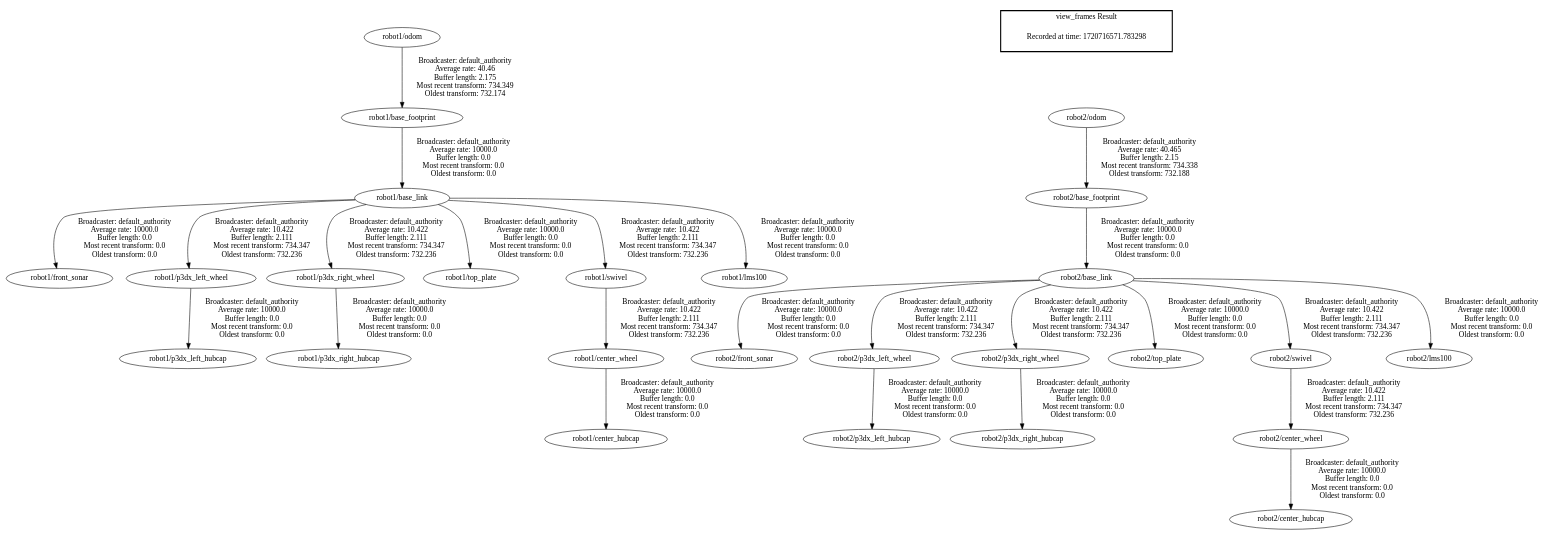
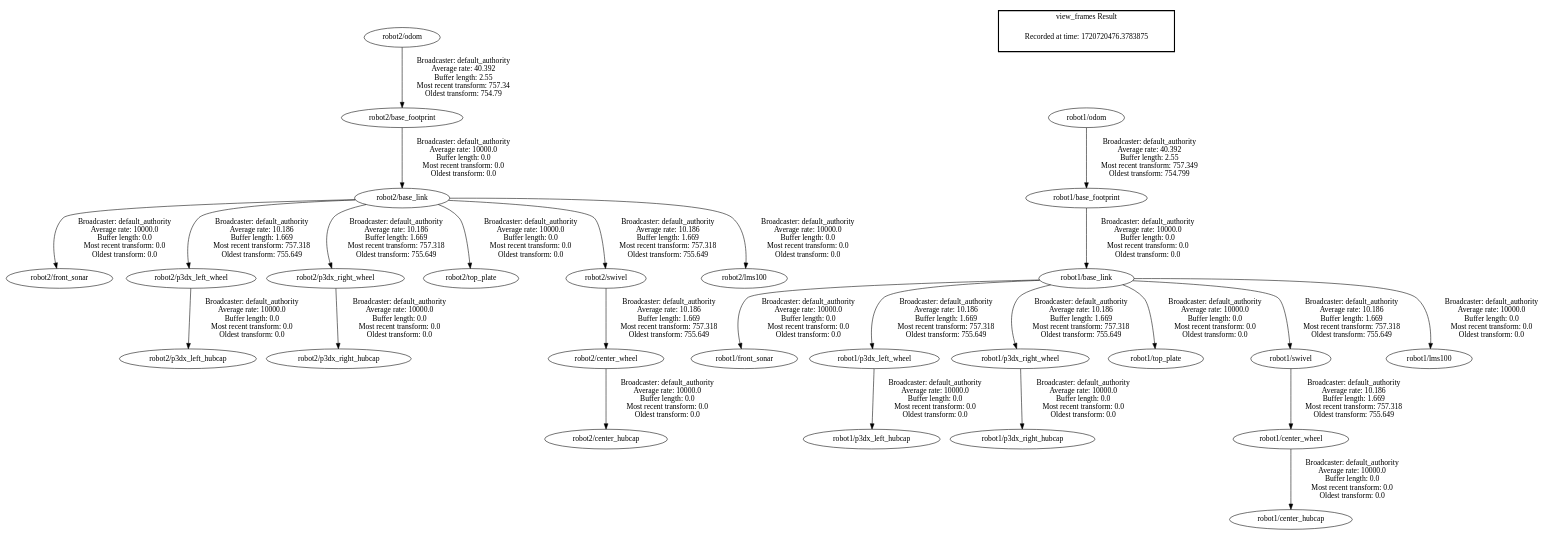
The diagram in frames.gv (Ara-O/main_ws), drawn with Graphviz before and after one commit. The commit also changed 5 other files, not shown here.

```diff
--- a/frames.gv
+++ b/frames.gv
@@ -1,30 +1,30 @@
 digraph G {
-"robot1/odom" -> "robot1/base_footprint"[label=" Broadcaster: default_authority\nAverage rate: 40.46\nBuffer length: 2.175\nMost recent transform: 734.349\nOldest transform: 732.174\n"];
-"robot2/base_link" -> "robot2/front_sonar"[label=" Broadcaster: default_authority\nAverage rate: 10000.0\nBuffer length: 0.0\nMost recent transform: 0.0\nOldest transform: 0.0\n"];
-"robot2/base_footprint" -> "robot2/base_link"[label=" Broadcaster: default_authority\nAverage rate: 10000.0\nBuffer length: 0.0\nMost recent transform: 0.0\nOldest transform: 0.0\n"];
-"robot2/odom" -> "robot2/base_footprint"[label=" Broadcaster: default_authority\nAverage rate: 40.465\nBuffer length: 2.15\nMost recent transform: 734.338\nOldest transform: 732.188\n"];
-"robot2/p3dx_left_wheel" -> "robot2/p3dx_left_hubcap"[label=" Broadcaster: default_authority\nAverage rate: 10000.0\nBuffer length: 0.0\nMost recent transform: 0.0\nOldest transform: 0.0\n"];
-"robot2/base_link" -> "robot2/p3dx_left_wheel"[label=" Broadcaster: default_authority\nAverage rate: 10.422\nBuffer length: 2.111\nMost recent transform: 734.347\nOldest transform: 732.236\n"];
-"robot2/p3dx_right_wheel" -> "robot2/p3dx_right_hubcap"[label=" Broadcaster: default_authority\nAverage rate: 10000.0\nBuffer length: 0.0\nMost recent transform: 0.0\nOldest transform: 0.0\n"];
-"robot2/base_link" -> "robot2/p3dx_right_wheel"[label=" Broadcaster: default_authority\nAverage rate: 10.422\nBuffer length: 2.111\nMost recent transform: 734.347\nOldest transform: 732.236\n"];
-"robot2/base_link" -> "robot2/top_plate"[label=" Broadcaster: default_authority\nAverage rate: 10000.0\nBuffer length: 0.0\nMost recent transform: 0.0\nOldest transform: 0.0\n"];
-"robot2/center_wheel" -> "robot2/center_hubcap"[label=" Broadcaster: default_authority\nAverage rate: 10000.0\nBuffer length: 0.0\nMost recent transform: 0.0\nOldest transform: 0.0\n"];
-"robot2/swivel" -> "robot2/center_wheel"[label=" Broadcaster: default_authority\nAverage rate: 10.422\nBuffer length: 2.111\nMost recent transform: 734.347\nOldest transform: 732.236\n"];
-"robot2/base_link" -> "robot2/lms100"[label=" Broadcaster: default_authority\nAverage rate: 10000.0\nBuffer length: 0.0\nMost recent transform: 0.0\nOldest transform: 0.0\n"];
+"robot2/odom" -> "robot2/base_footprint"[label=" Broadcaster: default_authority\nAverage rate: 40.392\nBuffer length: 2.55\nMost recent transform: 757.34\nOldest transform: 754.79\n"];
+"robot1/odom" -> "robot1/base_footprint"[label=" Broadcaster: default_authority\nAverage rate: 40.392\nBuffer length: 2.55\nMost recent transform: 757.349\nOldest transform: 754.799\n"];
 "robot1/base_link" -> "robot1/front_sonar"[label=" Broadcaster: default_authority\nAverage rate: 10000.0\nBuffer length: 0.0\nMost recent transform: 0.0\nOldest transform: 0.0\n"];
 "robot1/base_footprint" -> "robot1/base_link"[label=" Broadcaster: default_authority\nAverage rate: 10000.0\nBuffer length: 0.0\nMost recent transform: 0.0\nOldest transform: 0.0\n"];
 "robot1/p3dx_left_wheel" -> "robot1/p3dx_left_hubcap"[label=" Broadcaster: default_authority\nAverage rate: 10000.0\nBuffer length: 0.0\nMost recent transform: 0.0\nOldest transform: 0.0\n"];
-"robot1/base_link" -> "robot1/p3dx_left_wheel"[label=" Broadcaster: default_authority\nAverage rate: 10.422\nBuffer length: 2.111\nMost recent transform: 734.347\nOldest transform: 732.236\n"];
+"robot1/base_link" -> "robot1/p3dx_left_wheel"[label=" Broadcaster: default_authority\nAverage rate: 10.186\nBuffer length: 1.669\nMost recent transform: 757.318\nOldest transform: 755.649\n"];
 "robot1/p3dx_right_wheel" -> "robot1/p3dx_right_hubcap"[label=" Broadcaster: default_authority\nAverage rate: 10000.0\nBuffer length: 0.0\nMost recent transform: 0.0\nOldest transform: 0.0\n"];
-"robot1/base_link" -> "robot1/p3dx_right_wheel"[label=" Broadcaster: default_authority\nAverage rate: 10.422\nBuffer length: 2.111\nMost recent transform: 734.347\nOldest transform: 732.236\n"];
+"robot1/base_link" -> "robot1/p3dx_right_wheel"[label=" Broadcaster: default_authority\nAverage rate: 10.186\nBuffer length: 1.669\nMost recent transform: 757.318\nOldest transform: 755.649\n"];
 "robot1/base_link" -> "robot1/top_plate"[label=" Broadcaster: default_authority\nAverage rate: 10000.0\nBuffer length: 0.0\nMost recent transform: 0.0\nOldest transform: 0.0\n"];
 "robot1/center_wheel" -> "robot1/center_hubcap"[label=" Broadcaster: default_authority\nAverage rate: 10000.0\nBuffer length: 0.0\nMost recent transform: 0.0\nOldest transform: 0.0\n"];
-"robot1/swivel" -> "robot1/center_wheel"[label=" Broadcaster: default_authority\nAverage rate: 10.422\nBuffer length: 2.111\nMost recent transform: 734.347\nOldest transform: 732.236\n"];
+"robot1/swivel" -> "robot1/center_wheel"[label=" Broadcaster: default_authority\nAverage rate: 10.186\nBuffer length: 1.669\nMost recent transform: 757.318\nOldest transform: 755.649\n"];
 "robot1/base_link" -> "robot1/lms100"[label=" Broadcaster: default_authority\nAverage rate: 10000.0\nBuffer length: 0.0\nMost recent transform: 0.0\nOldest transform: 0.0\n"];
-"robot1/base_link" -> "robot1/swivel"[label=" Broadcaster: default_authority\nAverage rate: 10.422\nBuffer length: 2.111\nMost recent transform: 734.347\nOldest transform: 732.236\n"];
-"robot2/base_link" -> "robot2/swivel"[label=" Broadcaster: default_authority\nAverage rate: 10.422\nBuffer length: 2.111\nMost recent transform: 734.347\nOldest transform: 732.236\n"];
+"robot2/base_link" -> "robot2/front_sonar"[label=" Broadcaster: default_authority\nAverage rate: 10000.0\nBuffer length: 0.0\nMost recent transform: 0.0\nOldest transform: 0.0\n"];
+"robot2/base_footprint" -> "robot2/base_link"[label=" Broadcaster: default_authority\nAverage rate: 10000.0\nBuffer length: 0.0\nMost recent transform: 0.0\nOldest transform: 0.0\n"];
+"robot2/p3dx_left_wheel" -> "robot2/p3dx_left_hubcap"[label=" Broadcaster: default_authority\nAverage rate: 10000.0\nBuffer length: 0.0\nMost recent transform: 0.0\nOldest transform: 0.0\n"];
+"robot2/base_link" -> "robot2/p3dx_left_wheel"[label=" Broadcaster: default_authority\nAverage rate: 10.186\nBuffer length: 1.669\nMost recent transform: 757.318\nOldest transform: 755.649\n"];
+"robot2/p3dx_right_wheel" -> "robot2/p3dx_right_hubcap"[label=" Broadcaster: default_authority\nAverage rate: 10000.0\nBuffer length: 0.0\nMost recent transform: 0.0\nOldest transform: 0.0\n"];
+"robot2/base_link" -> "robot2/p3dx_right_wheel"[label=" Broadcaster: default_authority\nAverage rate: 10.186\nBuffer length: 1.669\nMost recent transform: 757.318\nOldest transform: 755.649\n"];
+"robot2/base_link" -> "robot2/top_plate"[label=" Broadcaster: default_authority\nAverage rate: 10000.0\nBuffer length: 0.0\nMost recent transform: 0.0\nOldest transform: 0.0\n"];
+"robot2/center_wheel" -> "robot2/center_hubcap"[label=" Broadcaster: default_authority\nAverage rate: 10000.0\nBuffer length: 0.0\nMost recent transform: 0.0\nOldest transform: 0.0\n"];
+"robot2/swivel" -> "robot2/center_wheel"[label=" Broadcaster: default_authority\nAverage rate: 10.186\nBuffer length: 1.669\nMost recent transform: 757.318\nOldest transform: 755.649\n"];
+"robot2/base_link" -> "robot2/lms100"[label=" Broadcaster: default_authority\nAverage rate: 10000.0\nBuffer length: 0.0\nMost recent transform: 0.0\nOldest transform: 0.0\n"];
+"robot2/base_link" -> "robot2/swivel"[label=" Broadcaster: default_authority\nAverage rate: 10.186\nBuffer length: 1.669\nMost recent transform: 757.318\nOldest transform: 755.649\n"];
+"robot1/base_link" -> "robot1/swivel"[label=" Broadcaster: default_authority\nAverage rate: 10.186\nBuffer length: 1.669\nMost recent transform: 757.318\nOldest transform: 755.649\n"];
 edge [style=invis];
  subgraph cluster_legend { style=bold; color=black; label ="view_frames Result";
-"Recorded at time: 1720716571.783298"[ shape=plaintext ] ;
-}->"robot2/odom";
+"Recorded at time: 1720720476.3783875"[ shape=plaintext ] ;
+}->"robot1/odom";
 }
```
